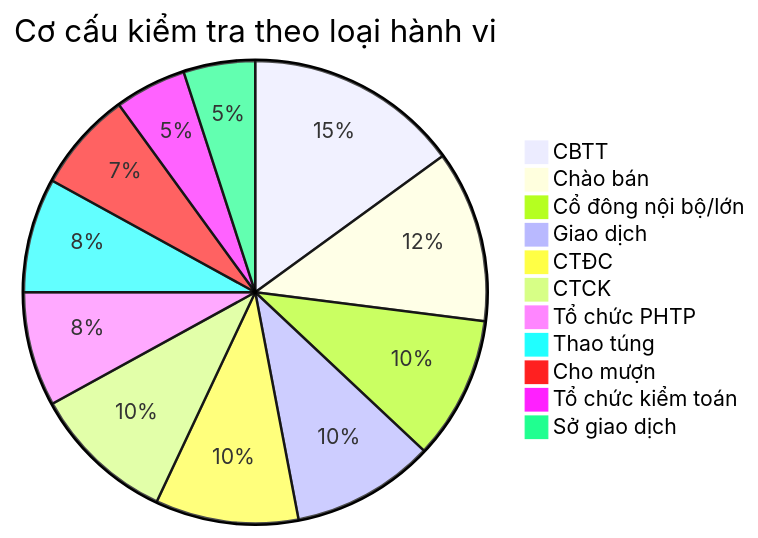
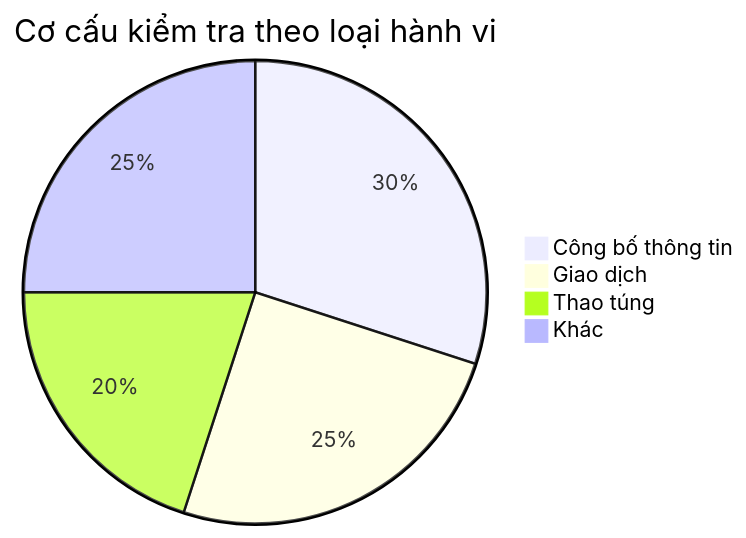
One commit to linhlvit/ubck_atomic_design changed diagram 29 of 54 in Datamart/hld/DTM_TT_HLD.md. Above: the diagram before and after it, drawn with Mermaid. The commit also changed other lines of this file and 10 other files, not shown here.

````diff
--- a/Datamart/hld/DTM_TT_HLD.md
+++ b/Datamart/hld/DTM_TT_HLD.md
@@ -947,14 +1091,7 @@
 ```mermaid
 pie title Cơ cấu kiểm tra theo loại hành vi
-    "CBTT" : 15
-    "Chào bán" : 12
-    "Cổ đông nội bộ/lớn" : 10
-    "Giao dịch" : 10
-    "CTĐC" : 10
-    "CTCK" : 10
-    "Tổ chức PHTP" : 8
-    "Thao túng" : 8
-    "Cho mượn" : 7
-    "Tổ chức kiểm toán" : 5
-    "Sở giao dịch" : 5
+    "Công bố thông tin" : 30
+    "Giao dịch" : 25
+    "Thao túng" : 20
+    "Khác" : 25
 ```
````
